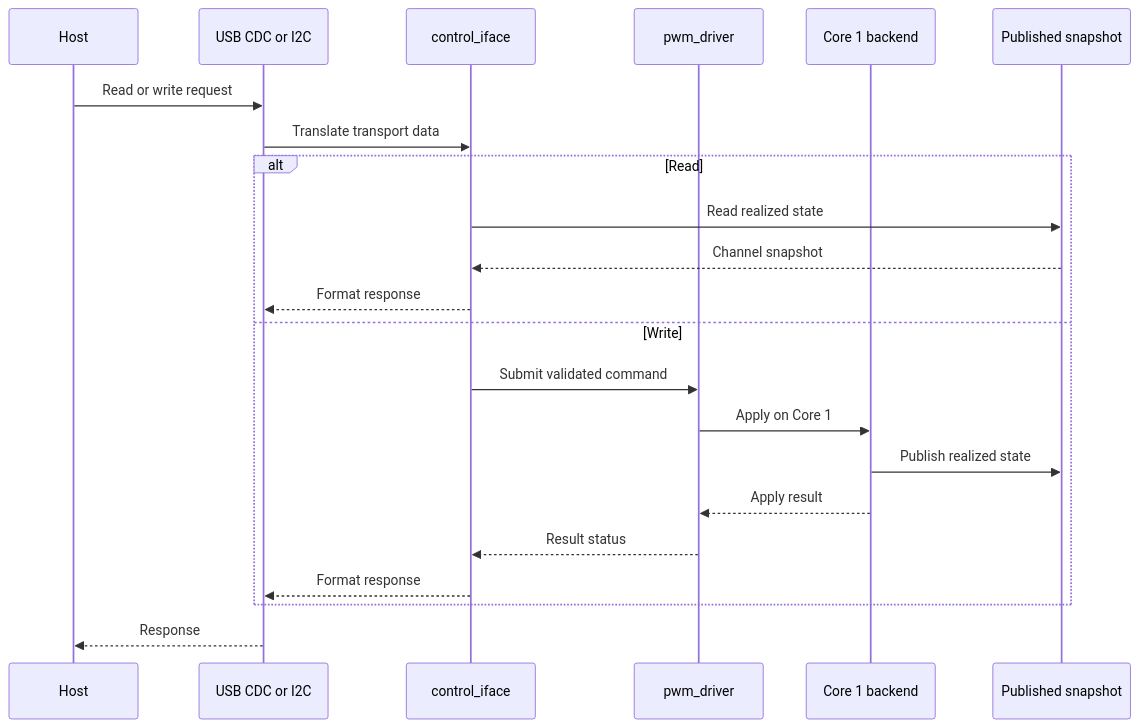
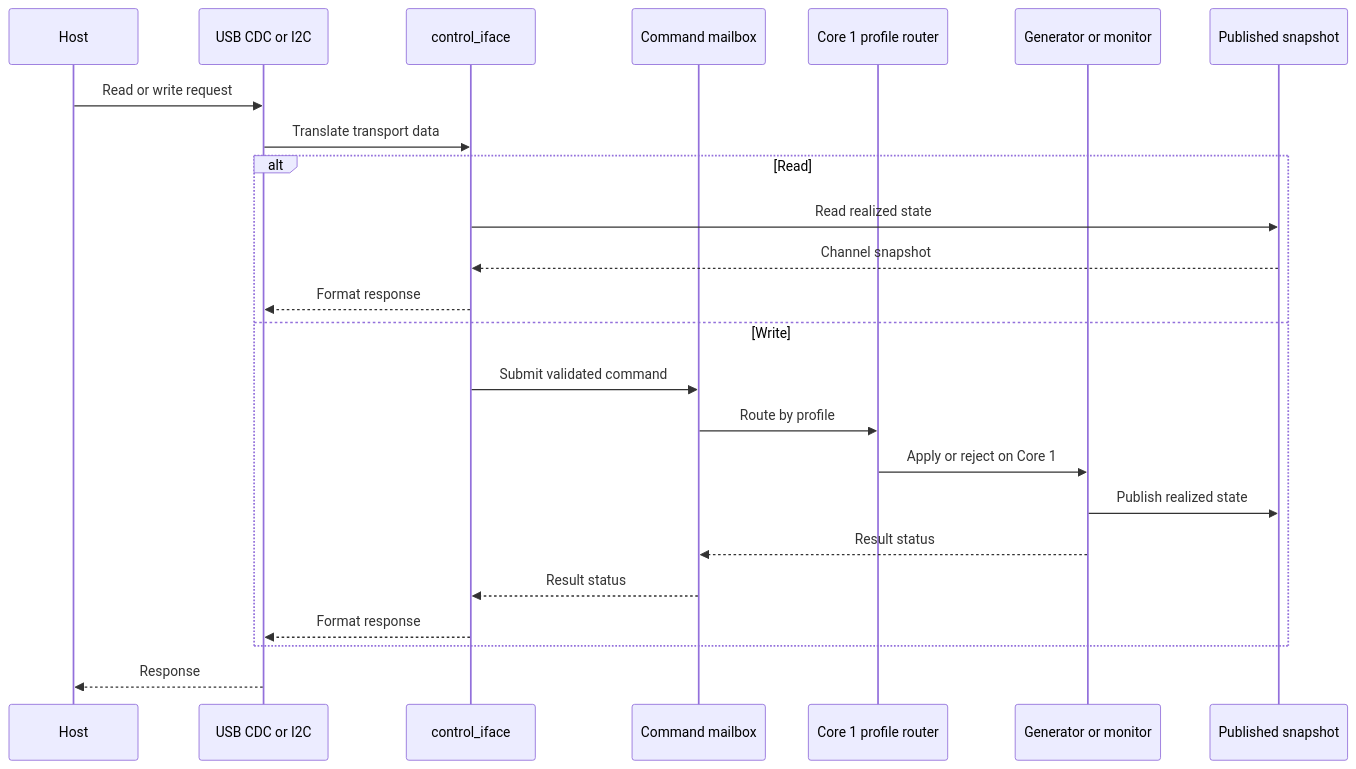
Before and after one commit to djwinter29-oss/PicoPWM: the second of 4 diagrams in docs/architecture.md, drawn with Mermaid. The commit also changed other lines of this file and 26 other files, not shown here.

````diff
--- a/docs/architecture.md
+++ b/docs/architecture.md
@@ -155,25 +172,27 @@
 ```mermaid
 sequenceDiagram
     participant Host
     participant Transport as USB CDC or I2C
     participant Control as control_iface
-    participant Mailbox as pwm_driver
-    participant Backend as Core 1 backend
+    participant Mailbox as Command mailbox
+    participant Router as Core 1 profile router
+    participant Backend as Generator or monitor
     participant State as Published snapshot
 
     Host->>Transport: Read or write request
     Transport->>Control: Translate transport data
     alt Read
         Control->>State: Read realized state
         State-->>Control: Channel snapshot
         Control-->>Transport: Format response
     else Write
         Control->>Mailbox: Submit validated command
-        Mailbox->>Backend: Apply on Core 1
+        Mailbox->>Router: Route by profile
+        Router->>Backend: Apply or reject on Core 1
         Backend->>State: Publish realized state
-        Backend-->>Mailbox: Apply result
+        Backend-->>Mailbox: Result status
         Mailbox-->>Control: Result status
         Control-->>Transport: Format response
     end
     Transport-->>Host: Response
 ```
````
